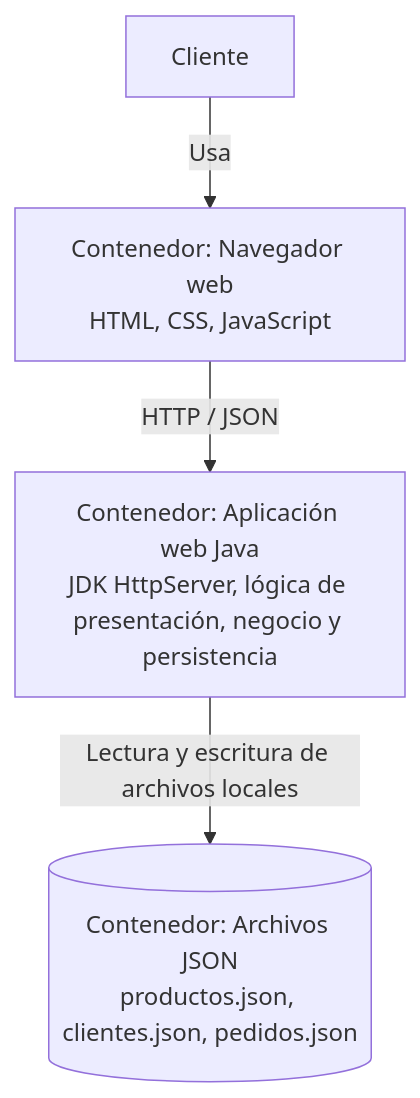
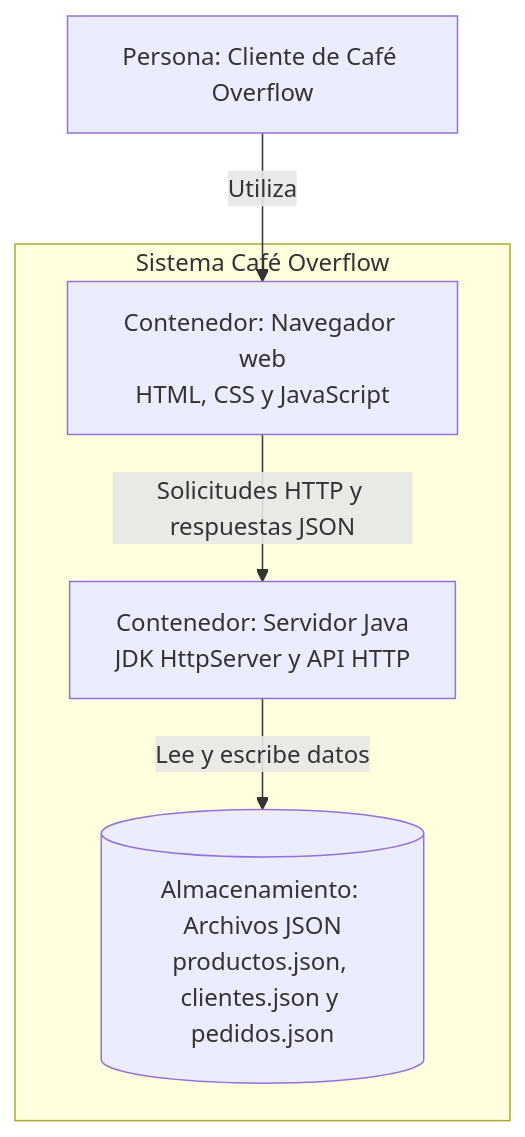
Before and after one commit to alejoms13/Taller-Modelo-N-Tier: the diagram in docs/diagramas-c4/c2-contenedores.mmd, drawn with Mermaid.

```diff
--- a/docs/diagramas-c4/c2-contenedores.mmd
+++ b/docs/diagramas-c4/c2-contenedores.mmd
@@ -1,8 +1,12 @@
 flowchart TB
-    Cliente["Cliente"]
-    Browser["Contenedor: Navegador web<br/>HTML, CSS, JavaScript"]
-    Java["Contenedor: Aplicación web Java<br/>JDK HttpServer, lógica de presentación, negocio y persistencia"]
-    JSON[("Contenedor: Archivos JSON<br/>productos.json, clientes.json, pedidos.json")]
-    Cliente -->|"Usa"| Browser
-    Browser -->|"HTTP / JSON"| Java
-    Java -->|"Lectura y escritura de archivos locales"| JSON
+    Cliente["Persona: Cliente de Café Overflow"]
+
+    subgraph Sistema["Sistema Café Overflow"]
+        Browser["Contenedor: Navegador web<br/>HTML, CSS y JavaScript"]
+        Java["Contenedor: Servidor Java<br/>JDK HttpServer y API HTTP"]
+        JSON[("Almacenamiento: Archivos JSON<br/>productos.json, clientes.json y pedidos.json")]
+    end
+
+    Cliente -->|"Utiliza"| Browser
+    Browser -->|"Solicitudes HTTP y respuestas JSON"| Java
+    Java -->|"Lee y escribe datos"| JSON
```
